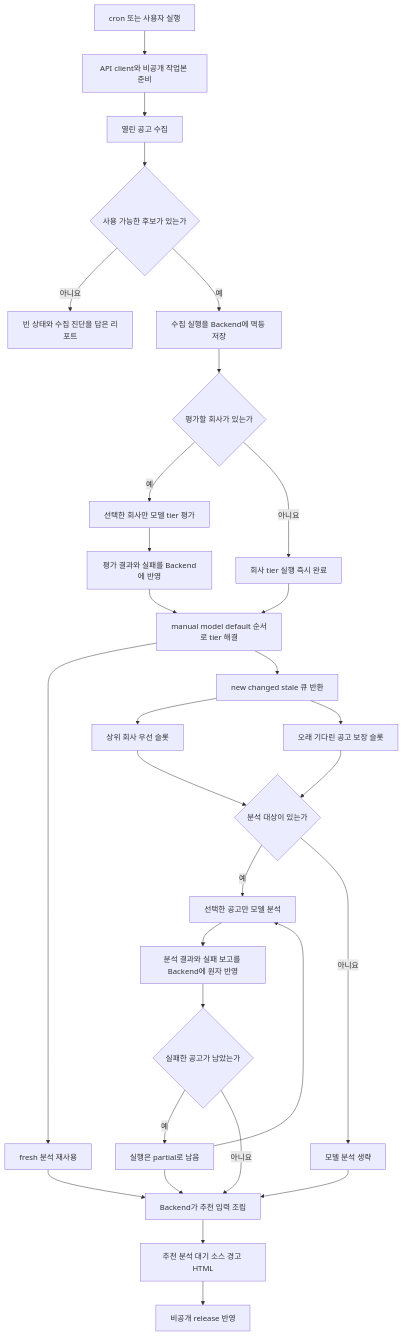
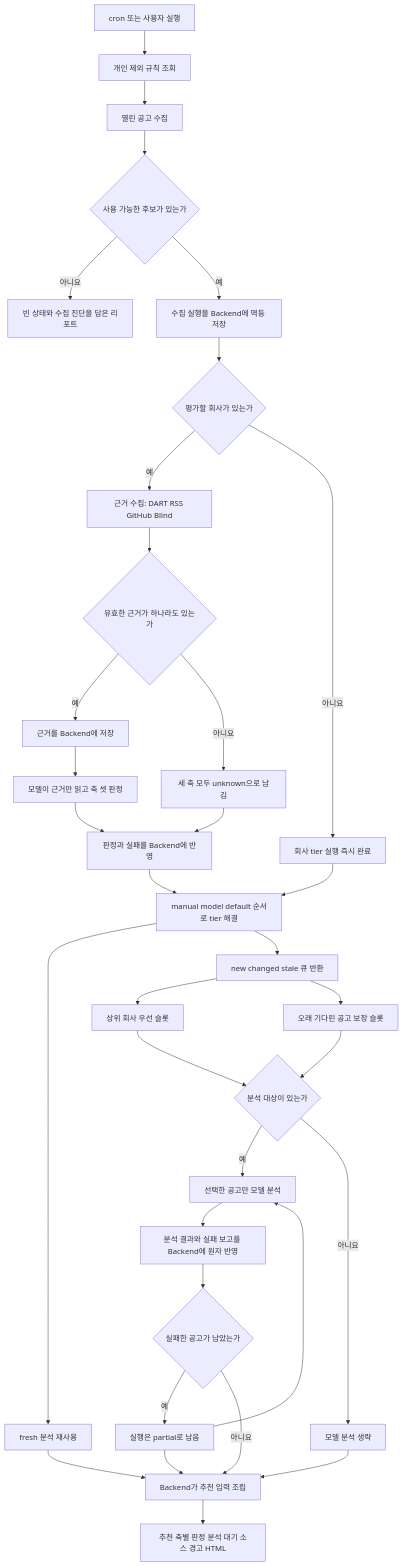
Before and after one commit to jon890/fos-agents: the first of 3 diagrams in career-os/docs/flow.md, drawn with Mermaid. The commit also changed other lines of this file and 21 other files, not shown here.

````diff
--- a/career-os/docs/flow.md
+++ b/career-os/docs/flow.md
@@ -204,32 +204,36 @@
 ```mermaid
 flowchart TD
-    A[cron 또는 사용자 실행] --> B[API client와 비공개 작업본 준비]
+    A[cron 또는 사용자 실행] --> B[개인 제외 규칙 조회]
     B --> C[열린 공고 수집]
     C --> D{사용 가능한 후보가 있는가}
     D -- 아니요 --> E[빈 상태와 수집 진단을 담은 리포트]
     D -- 예 --> F[수집 실행을 Backend에 멱등 저장]
     F --> T{평가할 회사가 있는가}
-    T -- 예 --> U[선택한 회사만 모델 tier 평가]
-    U --> V[평가 결과와 실패를 Backend에 반영]
+    T -- 예 --> U[근거 수집: DART RSS GitHub Blind]
+    U --> U2{유효한 근거가 하나라도 있는가}
+    U2 -- 예 --> U3[근거를 Backend에 저장]
+    U2 -- 아니요 --> U4[세 축 모두 unknown으로 남김]
+    U3 --> V1[모델이 근거만 읽고 축 셋 판정]
+    V1 --> V[판정과 실패를 Backend에 반영]
+    U4 --> V
     T -- 아니요 --> W[회사 tier 실행 즉시 완료]
     V --> X[manual model default 순서로 tier 해결]
     W --> X
     X --> G[fresh 분석 재사용]
     X --> H[new changed stale 큐 반환]
     H --> I[상위 회사 우선 슬롯]
     H --> J[오래 기다린 공고 보장 슬롯]
     I --> K{분석 대상이 있는가}
     J --> K
     K -- 예 --> L[선택한 공고만 모델 분석]
     K -- 아니요 --> M[모델 분석 생략]
     L --> N[분석 결과와 실패 보고를 Backend에 원자 반영]
     N --> R{실패한 공고가 남았는가}
     R -- 예 --> S[실행은 partial로 남음]
     S --> L
     S --> O
     R -- 아니요 --> O
     G --> O[Backend가 추천 입력 조립]
     M --> O
-    O --> P[추천 분석 대기 소스 경고 HTML]
-    P --> Q[비공개 release 반영]
+    O --> P[추천 축별 판정 분석 대기 소스 경고 HTML]
 ```
````
